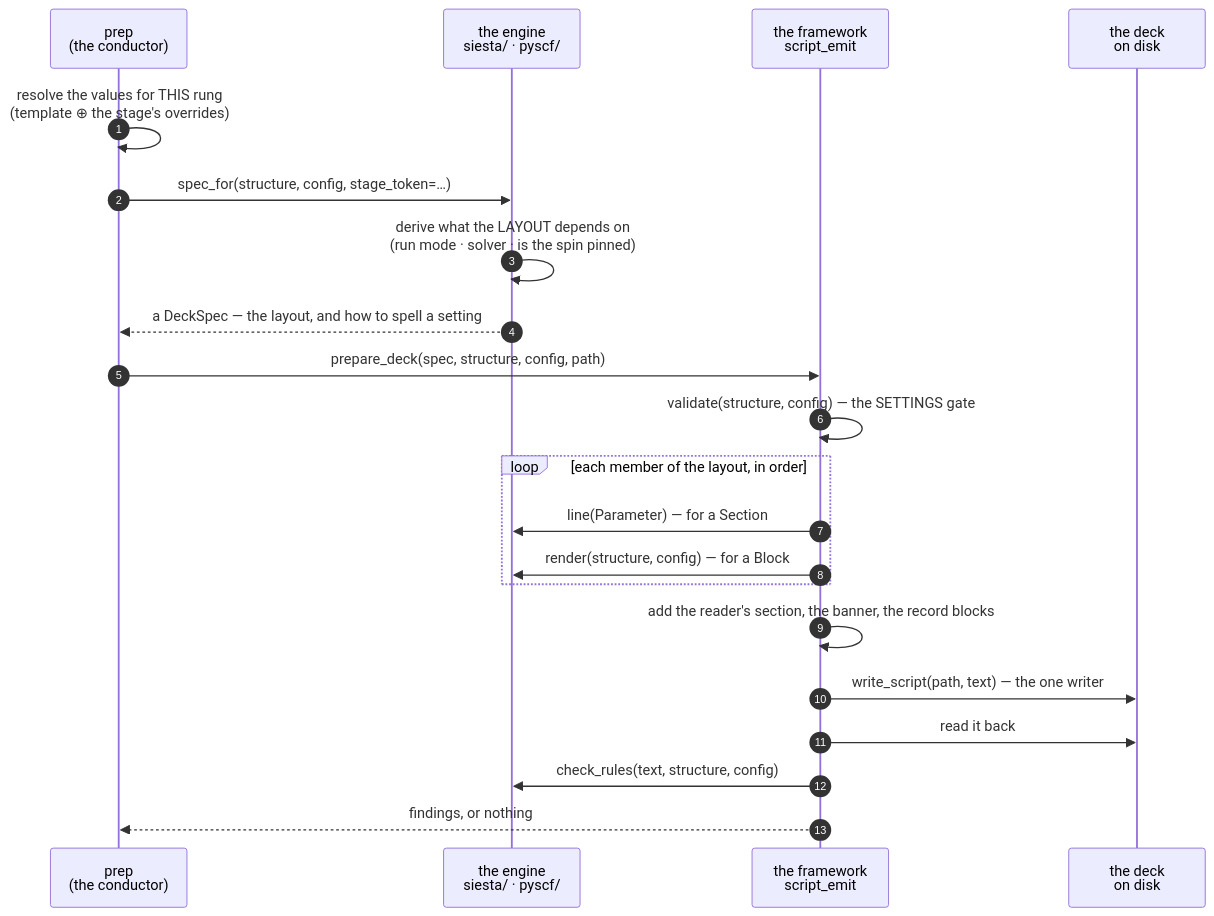
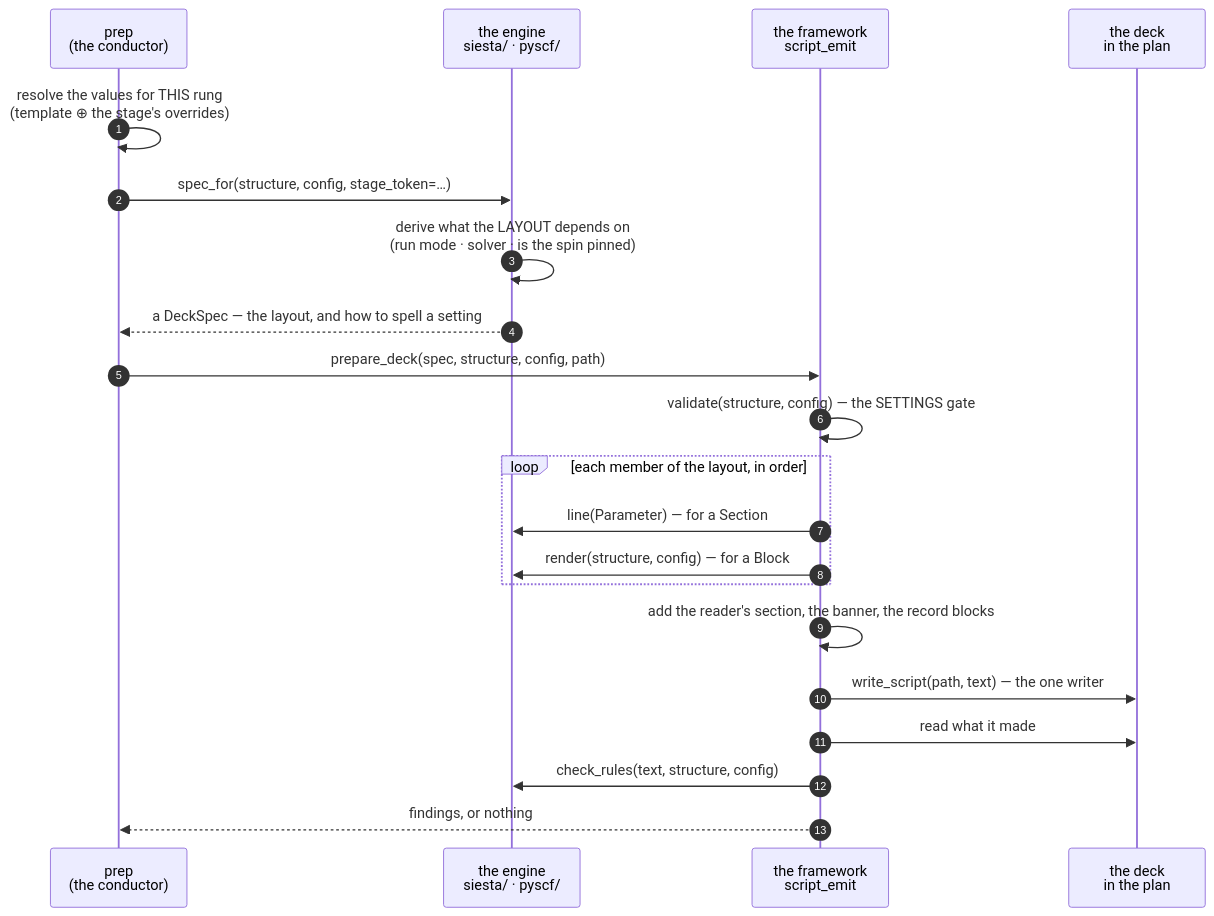
Before and after one commit to Qing-LAB/molbuilder: the fifth of 7 diagrams in docs/execution/script-preparation.md, drawn with Mermaid. The commit also changed other lines of this file and 36 other files, not shown here.

````diff
--- a/docs/execution/script-preparation.md
+++ b/docs/execution/script-preparation.md
@@ -715,24 +717,24 @@
 ```mermaid
 sequenceDiagram
     autonumber
     participant C as prep<br/>(the conductor)
     participant E as the engine<br/>siesta/ · pyscf/
     participant F as the framework<br/>script_emit
-    participant D as the deck<br/>on disk
+    participant D as the deck<br/>in the plan
 
     C->>C: resolve the values for THIS rung<br/>(template ⊕ the stage's overrides)
     C->>E: spec_for(structure, config, stage_token=…)
     E->>E: derive what the LAYOUT depends on<br/>(run mode · solver · is the spin pinned)
     E-->>C: a DeckSpec — the layout, and how to spell a setting
     C->>F: prepare_deck(spec, structure, config, path)
     F->>F: validate(structure, config) — the SETTINGS gate
     loop each member of the layout, in order
         F->>E: line(Parameter) — for a Section
         F->>E: render(structure, config) — for a Block
     end
     F->>F: add the reader's section, the banner, the record blocks
     F->>D: write_script(path, text) — the one writer
-    F->>D: read it back
+    F->>D: read what it made
     F->>E: check_rules(text, structure, config)
     F-->>C: findings, or nothing
 ```
````
